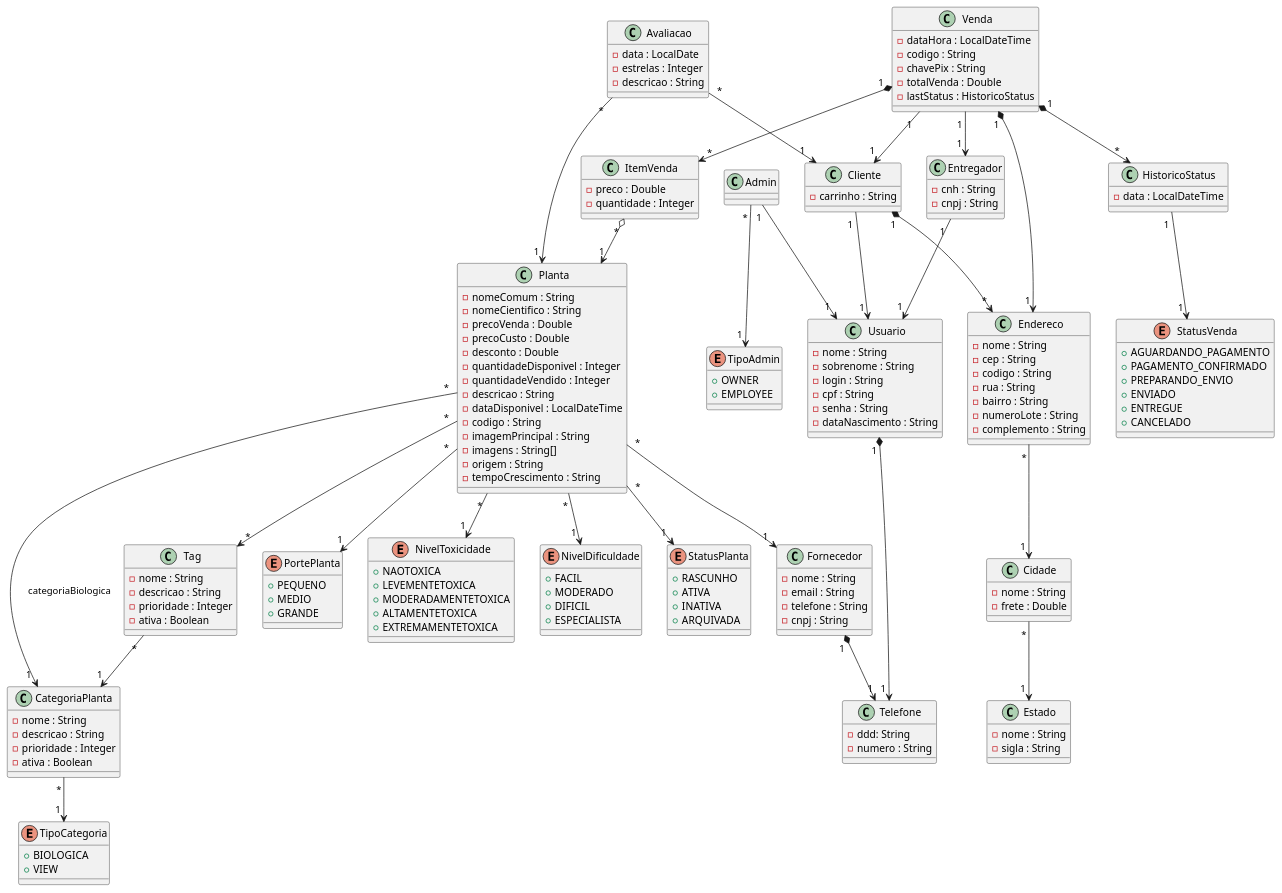
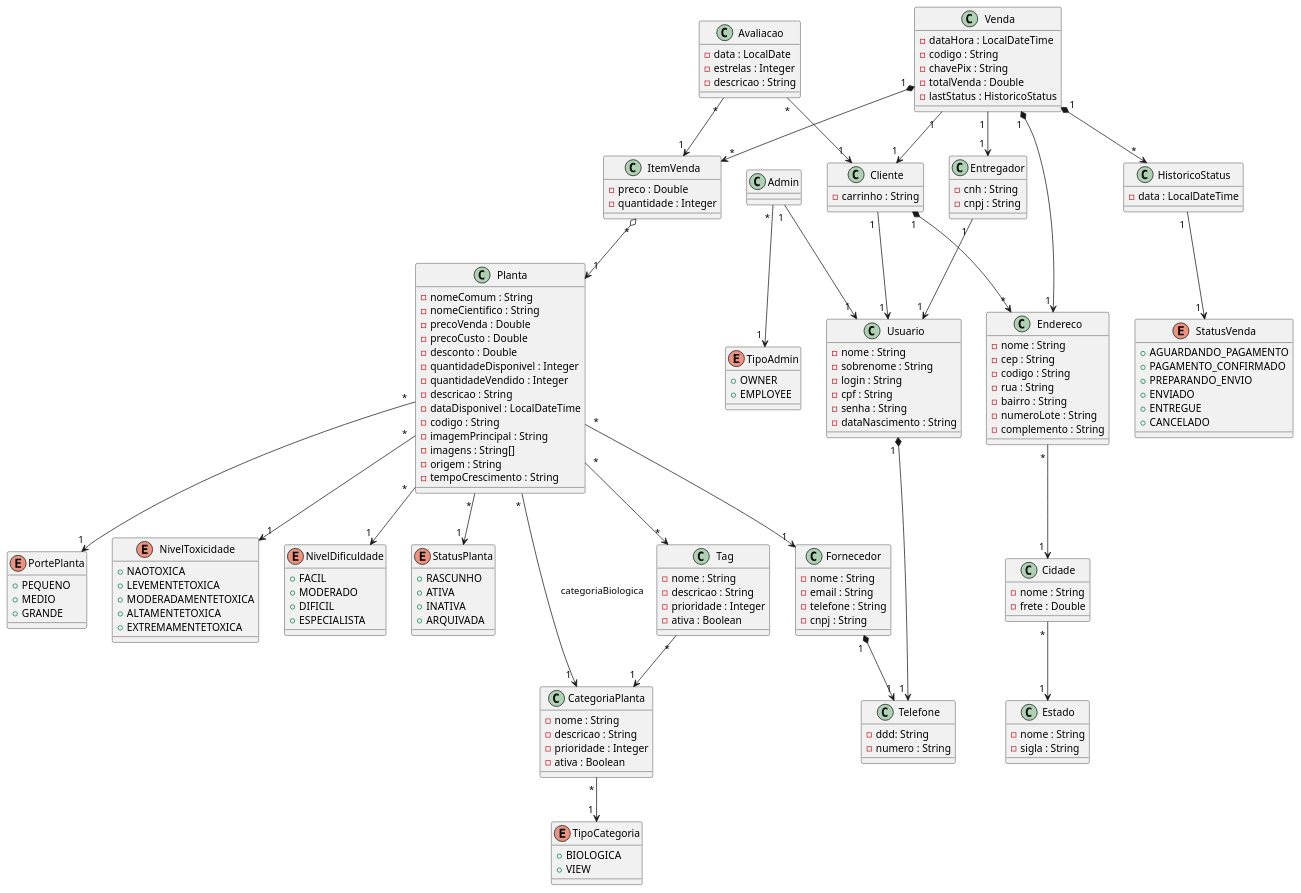
The diagram in others/diagrama.plantuml (bealfredo/tp-floricultura-quarkus), drawn with PlantUML before and after one commit.

Commit message:
avaliação no item da venda

```diff
--- a/others/diagrama.plantuml
+++ b/others/diagrama.plantuml
@@ -221,7 +221,7 @@
 
 Avaliacao " * " --> " 1 " Cliente
 ' Planta " 1 " *--> " * " Avaliacao
-Avaliacao " * " --> " 1 " Planta
+Avaliacao " * " --> " 1 " ItemVenda
 
 class Telefone {
   - ddd: String
```
